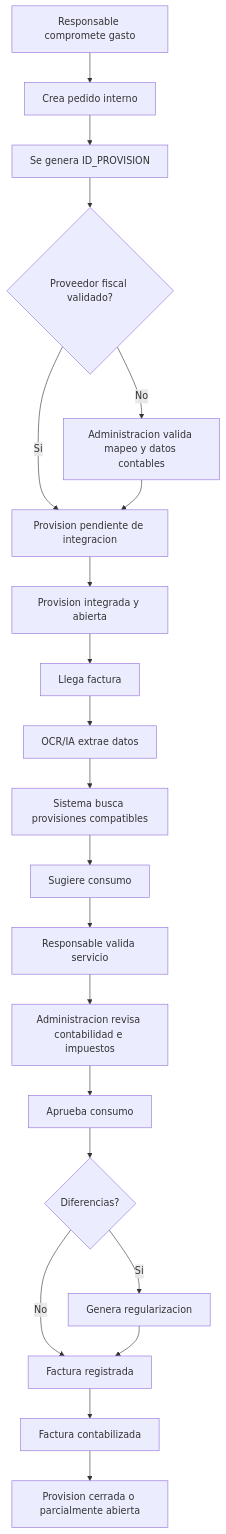
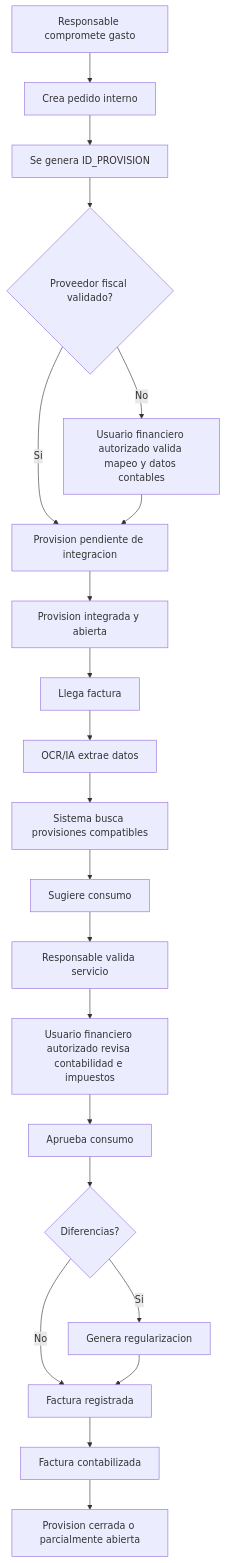
Before and after one commit to easydev9/ProvCore: the fourth of 14 diagrams in docs/diagramas_flujo.md, drawn with Mermaid. The commit also changed other lines of this file and 20 other files, not shown here.

````diff
--- a/docs/diagramas_flujo.md
+++ b/docs/diagramas_flujo.md
@@ -71,23 +71,23 @@
 ```mermaid
 flowchart TD
     A[Responsable compromete gasto] --> B[Crea pedido interno]
     B --> C[Se genera ID_PROVISION]
     C --> D{Proveedor fiscal validado?}
-    D -- No --> E[Administracion valida mapeo y datos contables]
+    D -- No --> E[Usuario financiero autorizado valida mapeo y datos contables]
     D -- Si --> F[Provision pendiente de integracion]
     E --> F
     F --> G[Provision integrada y abierta]
     G --> H[Llega factura]
     H --> I[OCR/IA extrae datos]
     I --> J[Sistema busca provisiones compatibles]
     J --> K[Sugiere consumo]
     K --> L[Responsable valida servicio]
-    L --> M[Administracion revisa contabilidad e impuestos]
+    L --> M[Usuario financiero autorizado revisa contabilidad e impuestos]
     M --> N[Aprueba consumo]
     N --> O{Diferencias?}
     O -- Si --> P[Genera regularizacion]
     O -- No --> Q[Factura registrada]
     P --> Q
     Q --> R[Factura contabilizada]
     R --> S[Provision cerrada o parcialmente abierta]
 ```
````
